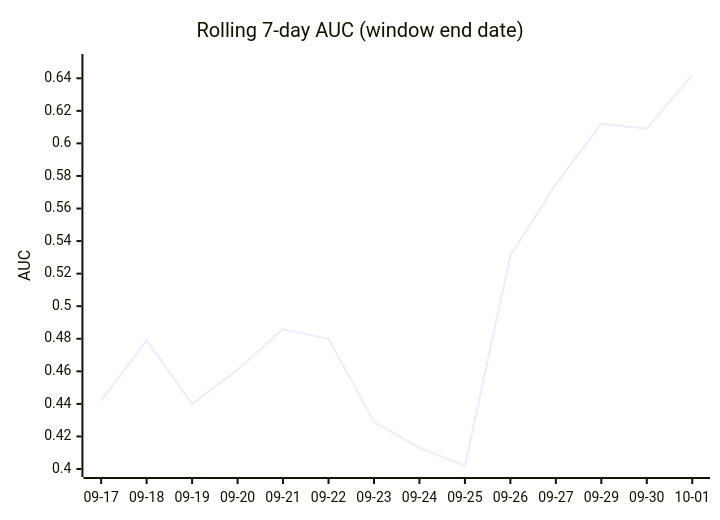
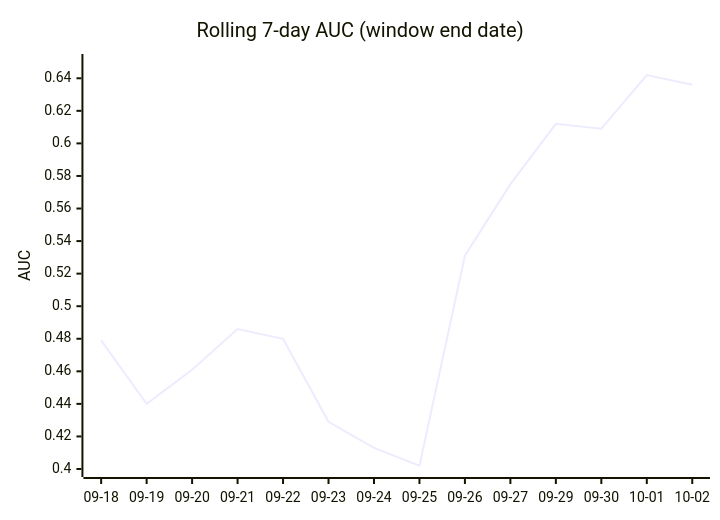
One commit to dpk1212/nhl-savant changed the third of 4 diagrams in DAILY_AGSU_REPORT.md. Above: the diagram before and after it, drawn with Mermaid. The commit also changed other lines of this file, not shown here.

````diff
--- a/DAILY_AGSU_REPORT.md
+++ b/DAILY_AGSU_REPORT.md
@@ -859,7 +859,7 @@
 ```mermaid
 xychart-beta
     title "Rolling 7-day AUC (window end date)"
-    x-axis ["09-17", "09-18", "09-19", "09-20", "09-21", "09-22", "09-23", "09-24", "09-25", "09-26", "09-27", "09-29", "09-30", "10-01"]
+    x-axis ["09-18", "09-19", "09-20", "09-21", "09-22", "09-23", "09-24", "09-25", "09-26", "09-27", "09-29", "09-30", "10-01", "10-02"]
     y-axis "AUC" 0.4 --> 0.65
-    line [0.442, 0.479, 0.44, 0.461, 0.486, 0.48, 0.429, 0.413, 0.402, 0.531, 0.575, 0.612, 0.609, 0.642]
+    line [0.479, 0.44, 0.461, 0.486, 0.48, 0.429, 0.413, 0.402, 0.531, 0.575, 0.612, 0.609, 0.642, 0.636]
 ```
````
